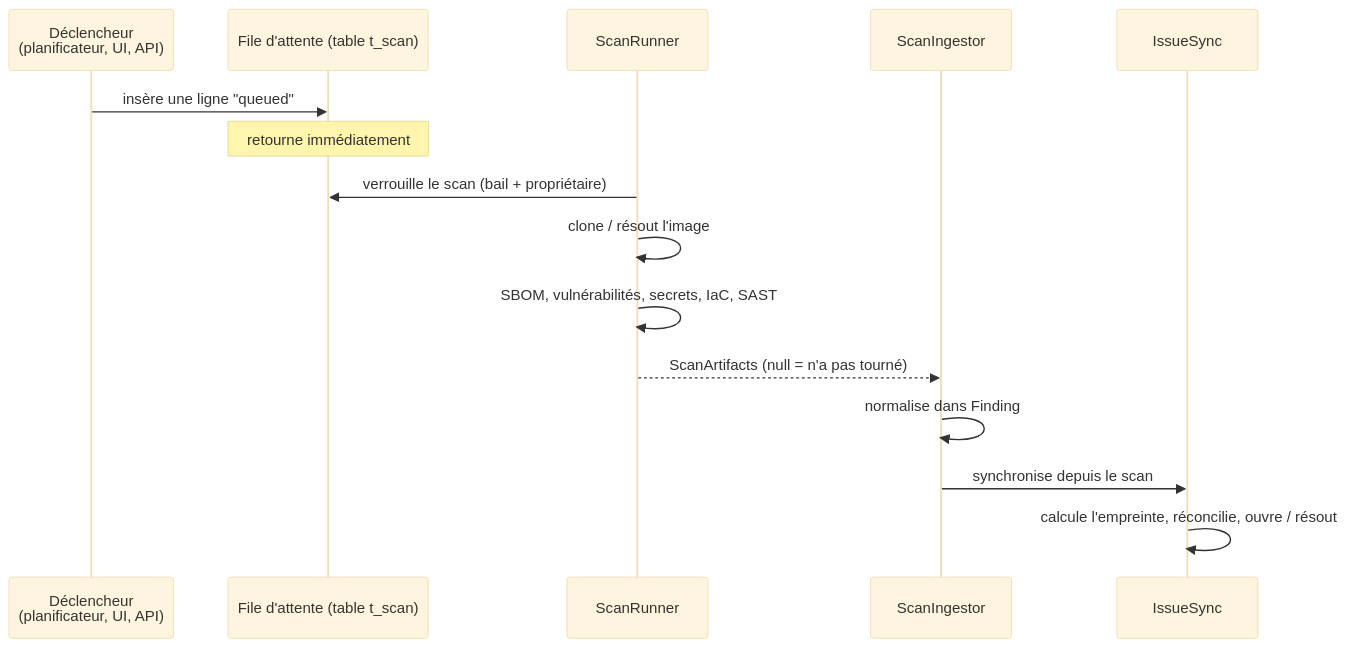
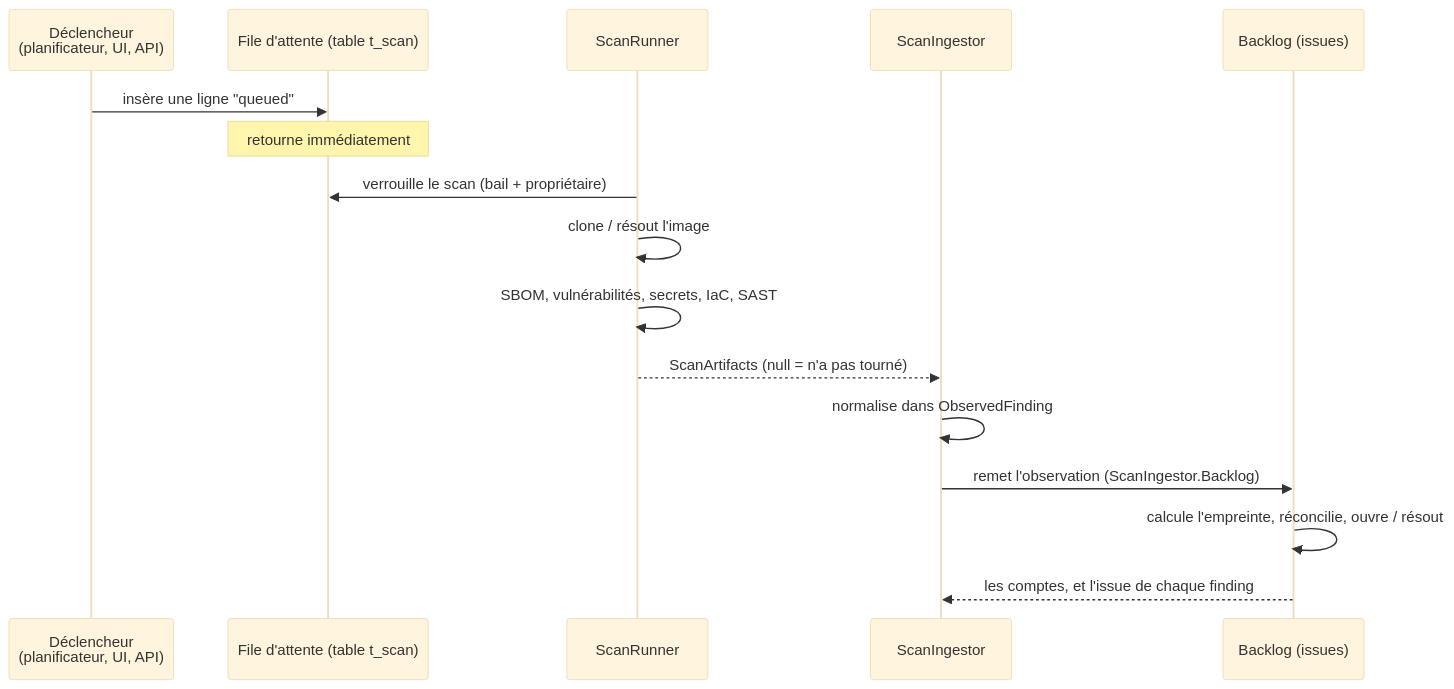
One commit to asmolabs/vectispire changed the second of 2 diagrams in docs/architecture/fr/01-overview.md. Above: the diagram before and after it, drawn with Mermaid (base theme). The commit also changed other lines of this file and 22 other files, not shown here.

First line of the commit message:
docs(architecture): decision 0029 and the modularity after step 5, in both languages

````diff
--- a/docs/architecture/fr/01-overview.md
+++ b/docs/architecture/fr/01-overview.md
@@ -114,18 +117,19 @@
 ```mermaid
 sequenceDiagram
     participant D as Déclencheur<br/>(planificateur, UI, API)
     participant Q as File d'attente (table t_scan)
     participant R as ScanRunner
     participant I as ScanIngestor
-    participant S as IssueSync
+    participant S as Backlog (issues)
 
     D->>Q: insère une ligne "queued"
     Note over Q: retourne immédiatement
     R->>Q: verrouille le scan (bail + propriétaire)
     R->>R: clone / résout l'image
     R->>R: SBOM, vulnérabilités, secrets, IaC, SAST
     R-->>I: ScanArtifacts (null = n'a pas tourné)
-    I->>I: normalise dans Finding
-    I->>S: synchronise depuis le scan
+    I->>I: normalise dans ObservedFinding
+    I->>S: remet l'observation (ScanIngestor.Backlog)
     S->>S: calcule l'empreinte, réconcilie, ouvre / résout
+    S-->>I: les comptes, et l'issue de chaque finding
 ```
````
